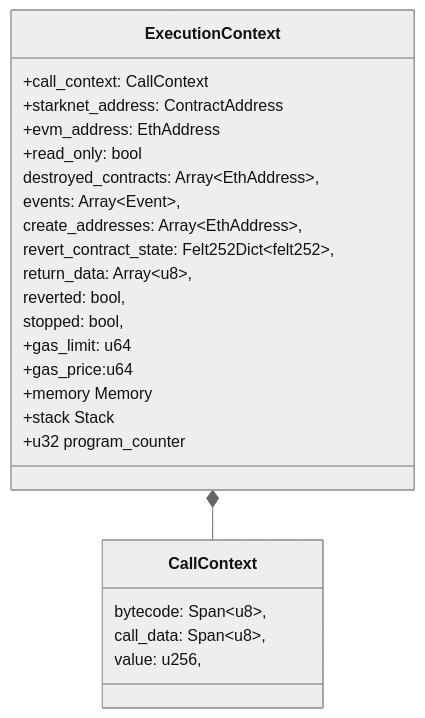
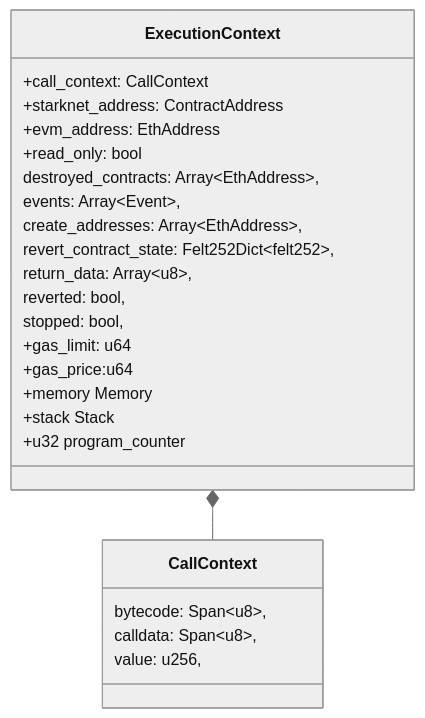
The first of 2 diagrams in docs/general/model/execution_context.md (kkrt-labs/kakarot-ssj), drawn with Mermaid (neutral theme) before and after one commit. The commit also changed 5 other files, not shown here.

Commit message:
fix call_data to calldata

````diff
--- a/docs/general/model/execution_context.md
+++ b/docs/general/model/execution_context.md
@@ -13,28 +13,28 @@
 ```mermaid
 classDiagram
     class ExecutionContext{
     +call_context: CallContext
     +starknet_address: ContractAddress
     +evm_address: EthAddress
     +read_only: bool
     destroyed_contracts: Array~EthAddress~,
     events: Array~Event~,
     create_addresses: Array~EthAddress~,
     revert_contract_state: Felt252Dict~felt252~,
     return_data: Array~u8~,
     reverted: bool,
     stopped: bool,
     +gas_limit: u64
     +gas_price:u64
     +memory Memory
     +stack Stack
     +u32 program_counter
     }
 
     class CallContext{
         bytecode: Span~u8~,
-        call_data: Span~u8~,
+        calldata: Span~u8~,
         value: u256,
     }
     ExecutionContext *-- CallContext
 ```
````
